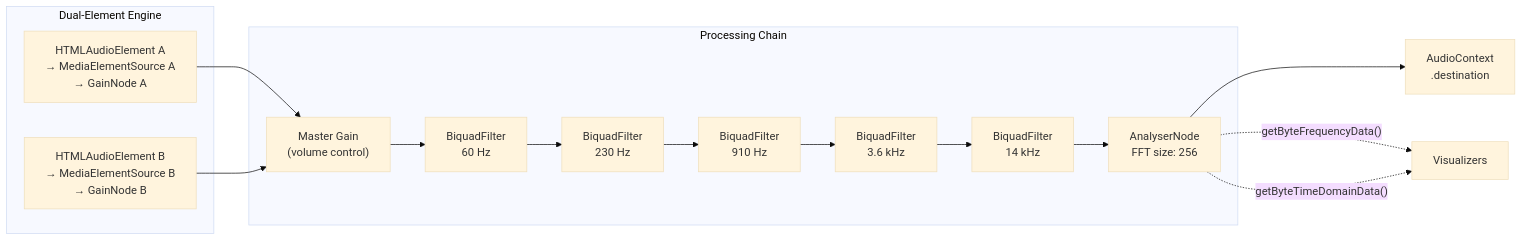
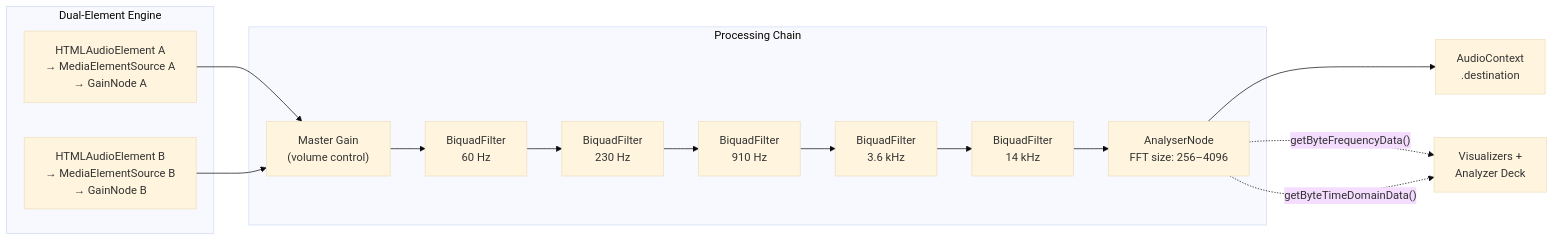
One commit to Cortadai/musicode changed the third of 4 diagrams in sonance-ui/README.md. Above: the diagram before and after it, drawn with Mermaid (base theme). The commit also changed other lines of this file, not shown here.

````diff
--- a/sonance-ui/README.md
+++ b/sonance-ui/README.md
@@ -104,26 +107,26 @@
 ```mermaid
 graph LR
     subgraph DualSource ["Dual-Element Engine"]
         EA["HTMLAudioElement A<br/>→ MediaElementSource A<br/>→ GainNode A"]
         EB["HTMLAudioElement B<br/>→ MediaElementSource B<br/>→ GainNode B"]
     end
 
     subgraph Chain ["Processing Chain"]
         MG["Master Gain<br/>(volume control)"]
         EQ1["BiquadFilter<br/>60 Hz"]
         EQ2["BiquadFilter<br/>230 Hz"]
         EQ3["BiquadFilter<br/>910 Hz"]
         EQ4["BiquadFilter<br/>3.6 kHz"]
         EQ5["BiquadFilter<br/>14 kHz"]
-        AN["AnalyserNode<br/>FFT size: 256"]
+        AN["AnalyserNode<br/>FFT size: 256–4096"]
     end
 
     Dest["AudioContext<br/>.destination"]
 
     EA --> MG
     EB --> MG
     MG --> EQ1 --> EQ2 --> EQ3 --> EQ4 --> EQ5 --> AN --> Dest
 
-    AN -.->|"getByteFrequencyData()"| Vis["Visualizers"]
+    AN -.->|"getByteFrequencyData()"| Vis["Visualizers +<br/>Analyzer Deck"]
     AN -.->|"getByteTimeDomainData()"| Vis
 ```
````
